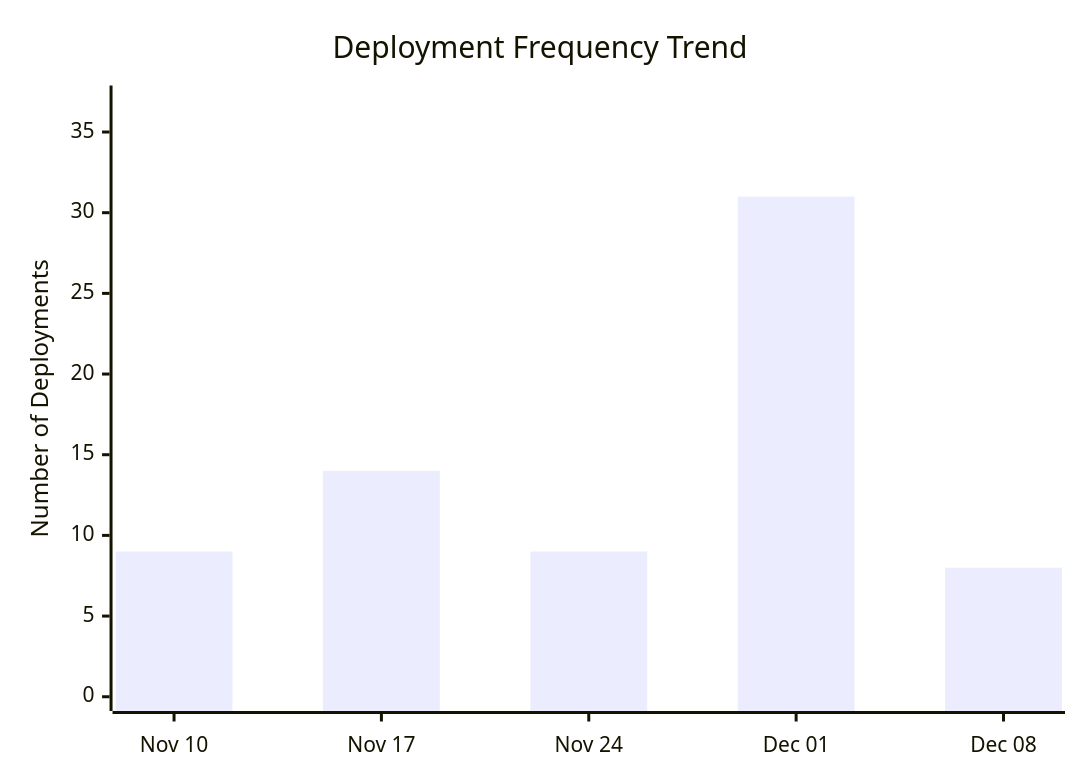
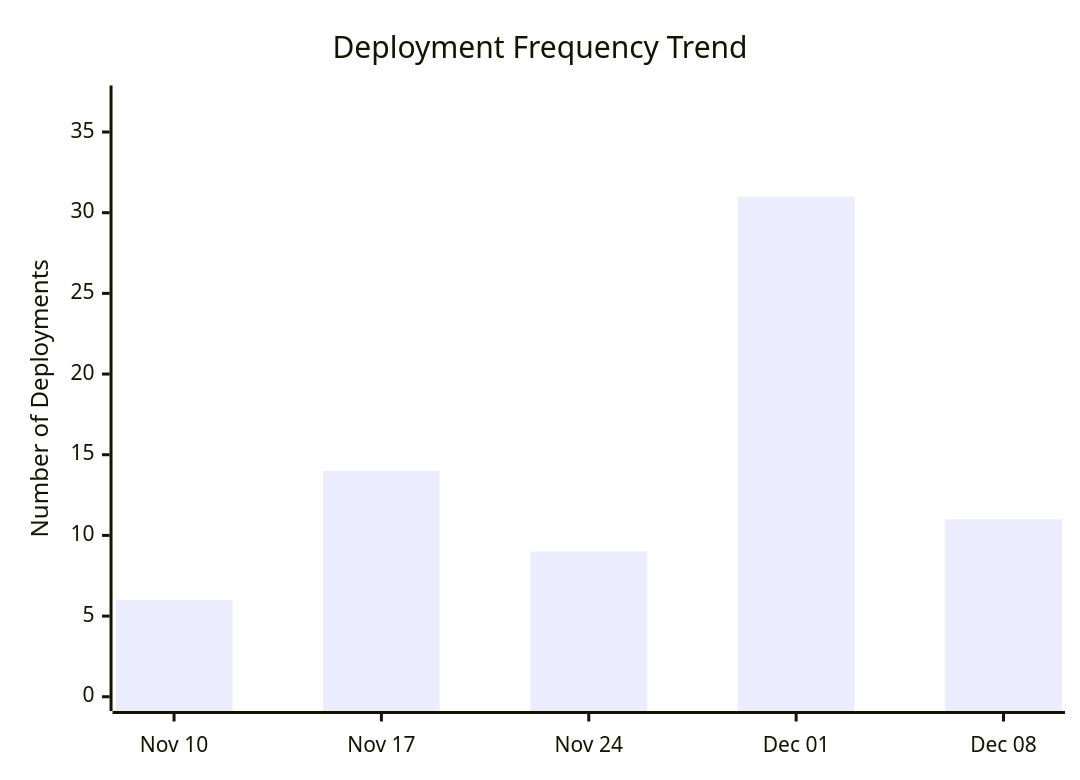
The third of 4 diagrams in docs/ci-cd/dora-summary.md (ukma-cs-ssdm-2025/rate-ukma), drawn with Mermaid before and after one commit. The commit also changed other lines of this file, not shown here.

````diff
--- a/docs/ci-cd/dora-summary.md
+++ b/docs/ci-cd/dora-summary.md
@@ -49,7 +48,7 @@
 ```mermaid
 xychart-beta
     title "Deployment Frequency Trend"
     x-axis ["Nov 10", "Nov 17", "Nov 24", "Dec 01", "Dec 08"]
     y-axis "Number of Deployments" 0 --> 37
-    bar [9.00, 14.00, 9.00, 31.00, 8.00]
+    bar [6.00, 14.00, 9.00, 31.00, 11.00]
 ```
````
